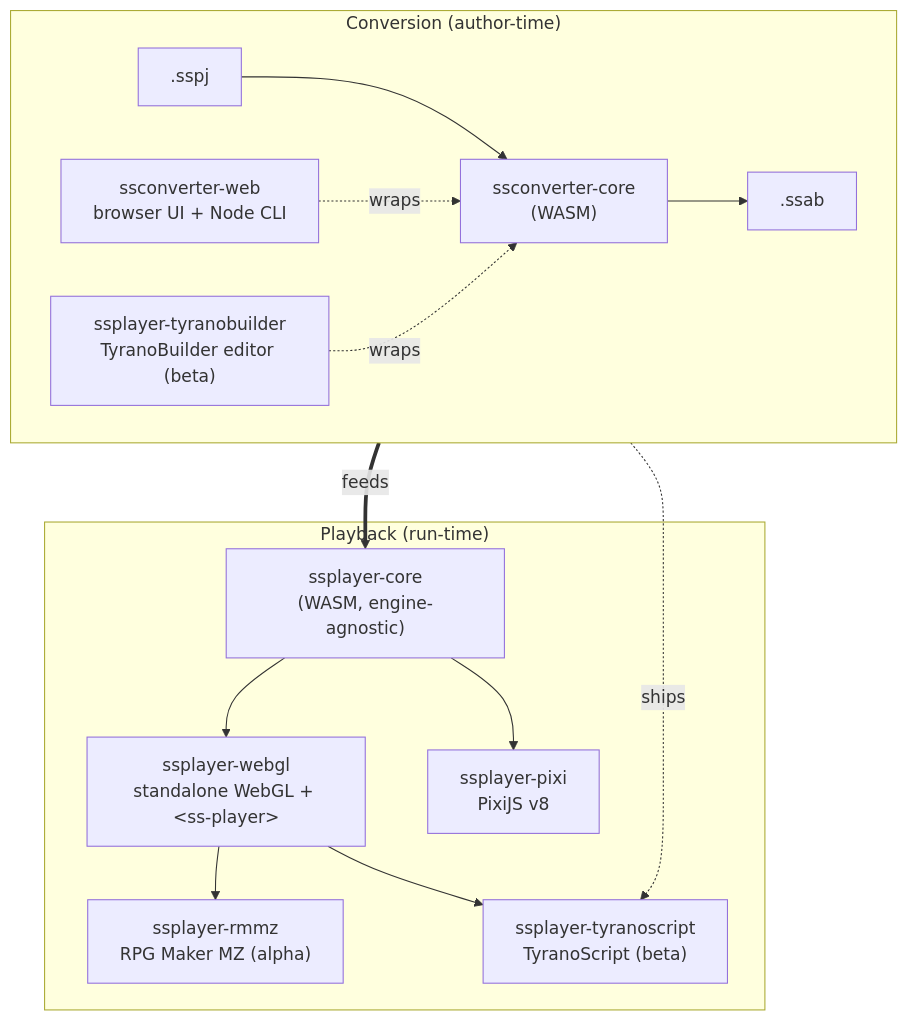
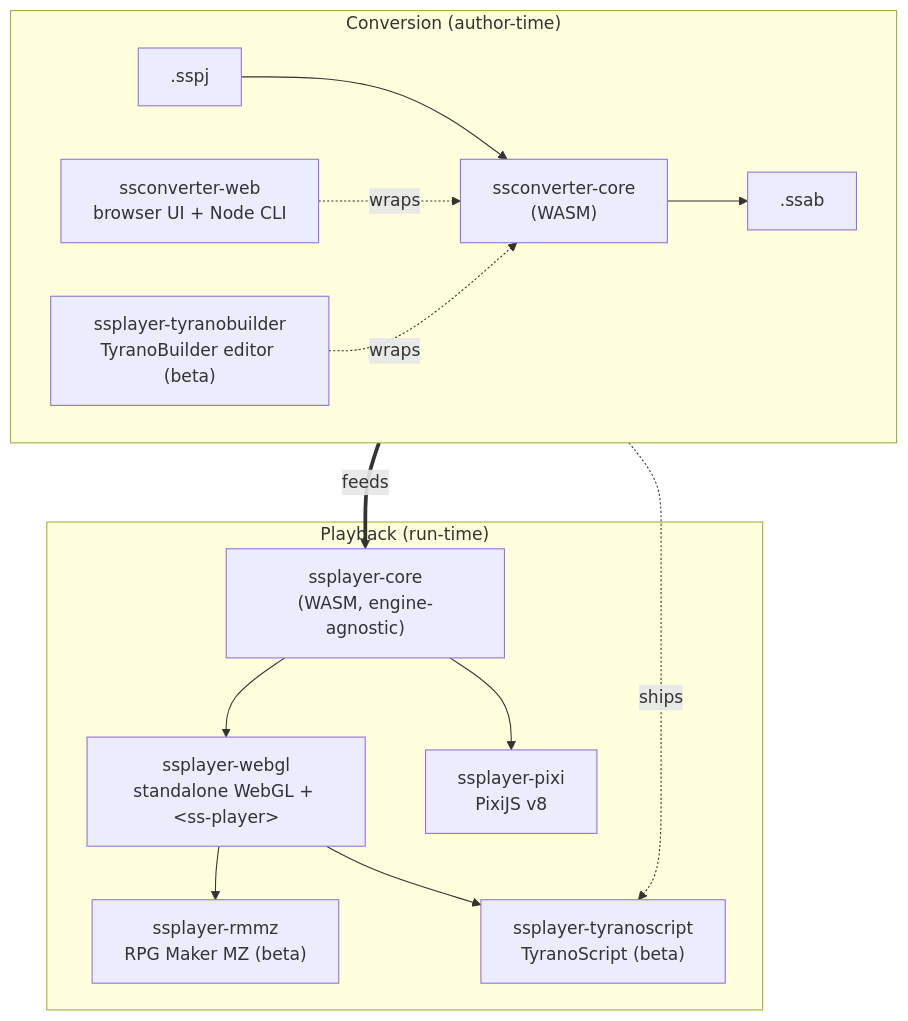
The diagram in README.md (cri-middleware/SSPlayerForWeb), drawn with Mermaid before and after one commit. The commit also changed other lines of this file and 10 other files, not shown here.

First line of the commit message:
chore(rmmz): promote ssplayer-rmmz from alpha to beta

````diff
--- a/README.md
+++ b/README.md
@@ -104,24 +104,24 @@
 ```mermaid
 flowchart TD
     subgraph conv ["Conversion (author-time)"]
         direction LR
         sspj[".sspj"] --> convcore["ssconverter-core<br/>(WASM)"] --> ssab[".ssab"]
         convweb["ssconverter-web<br/>browser UI + Node CLI"] -. wraps .-> convcore
         tyranob["ssplayer-tyranobuilder<br/>TyranoBuilder editor (beta)"] -. wraps .-> convcore
     end
 
     subgraph play ["Playback (run-time)"]
         core["ssplayer-core<br/>(WASM, engine-agnostic)"]
         webgl["ssplayer-webgl<br/>standalone WebGL + &lt;ss-player&gt;"]
         pixi["ssplayer-pixi<br/>PixiJS v8"]
-        rmmz["ssplayer-rmmz<br/>RPG Maker MZ (alpha)"]
+        rmmz["ssplayer-rmmz<br/>RPG Maker MZ (beta)"]
         tyrano["ssplayer-tyranoscript<br/>TyranoScript (beta)"]
         core --> webgl
         core --> pixi
         webgl --> rmmz
         webgl --> tyrano
     end
 
     tyranob -. ships .-> tyrano
     ssab ==>|feeds| core
 ```
````
